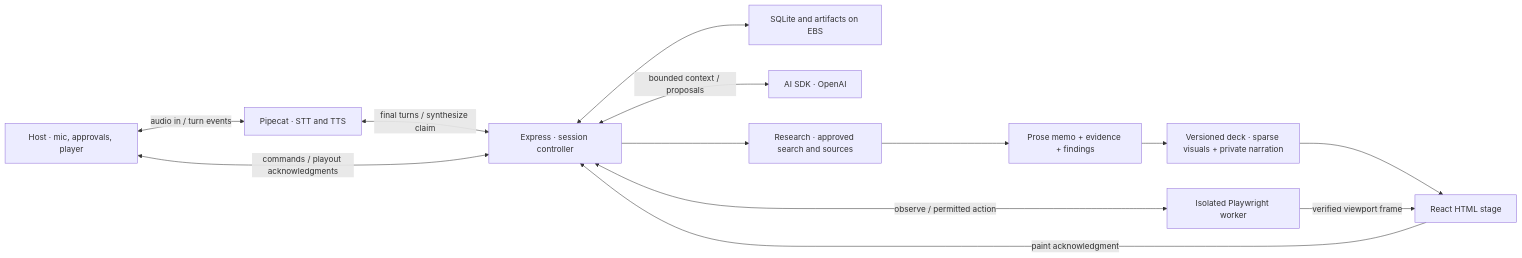
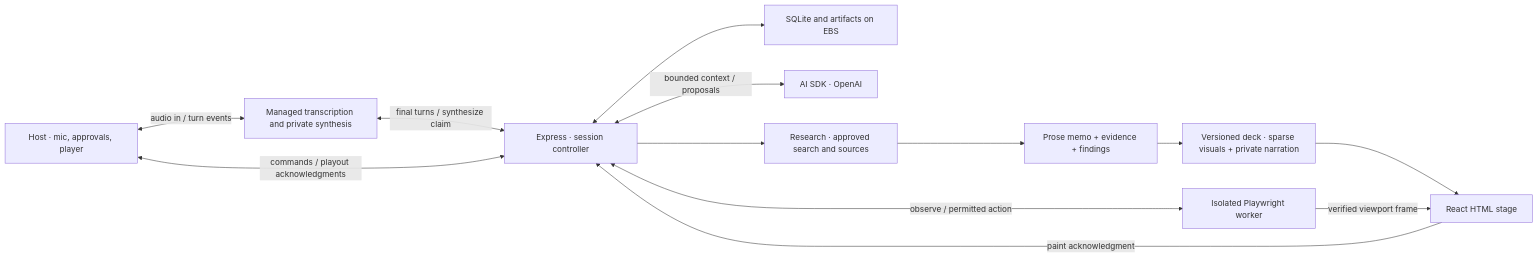
Before and after one commit to JyothiKumar03/copitch: the second of 2 diagrams in docs/architecture.md, drawn with Mermaid. The commit also changed other lines of this file and 5 other files, not shown here.

````diff
--- a/docs/architecture.md
+++ b/docs/architecture.md
@@ -50,15 +53,15 @@
 ```mermaid
 flowchart LR
-  Host["Host · mic, approvals, player"] <-->|audio in / turn events| Voice["Pipecat · STT and TTS"]
+  Host["Host · mic, approvals, player"] <-->|audio in / turn events| Voice["Managed transcription and private synthesis"]
   Voice <-->|final turns / synthesize claim| Controller["Express · session controller"]
   Host <-->|commands / playout acknowledgments| Controller
   Controller <--> DB["SQLite and artifacts on EBS"]
   Controller <-->|bounded context / proposals| Model["AI SDK · OpenAI"]
   Controller --> Research["Research · approved search and sources"]
   Research --> Bundle["Prose memo + evidence + findings"]
   Bundle --> Deck["Versioned deck · sparse visuals + private narration"]
   Deck --> Stage["React HTML stage"]
   Controller <-->|observe / permitted action| Web["Isolated Playwright worker"]
   Web -->|verified viewport frame| Stage
   Stage -->|paint acknowledgment| Controller
 ```
````
